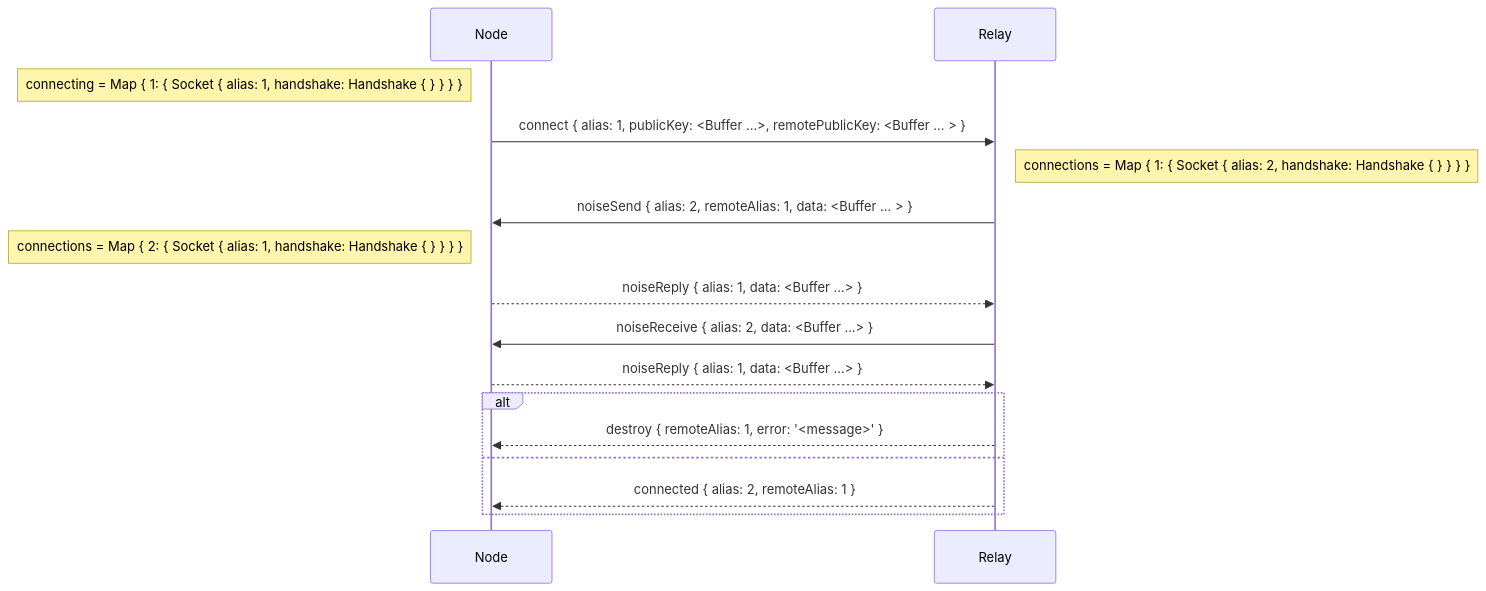
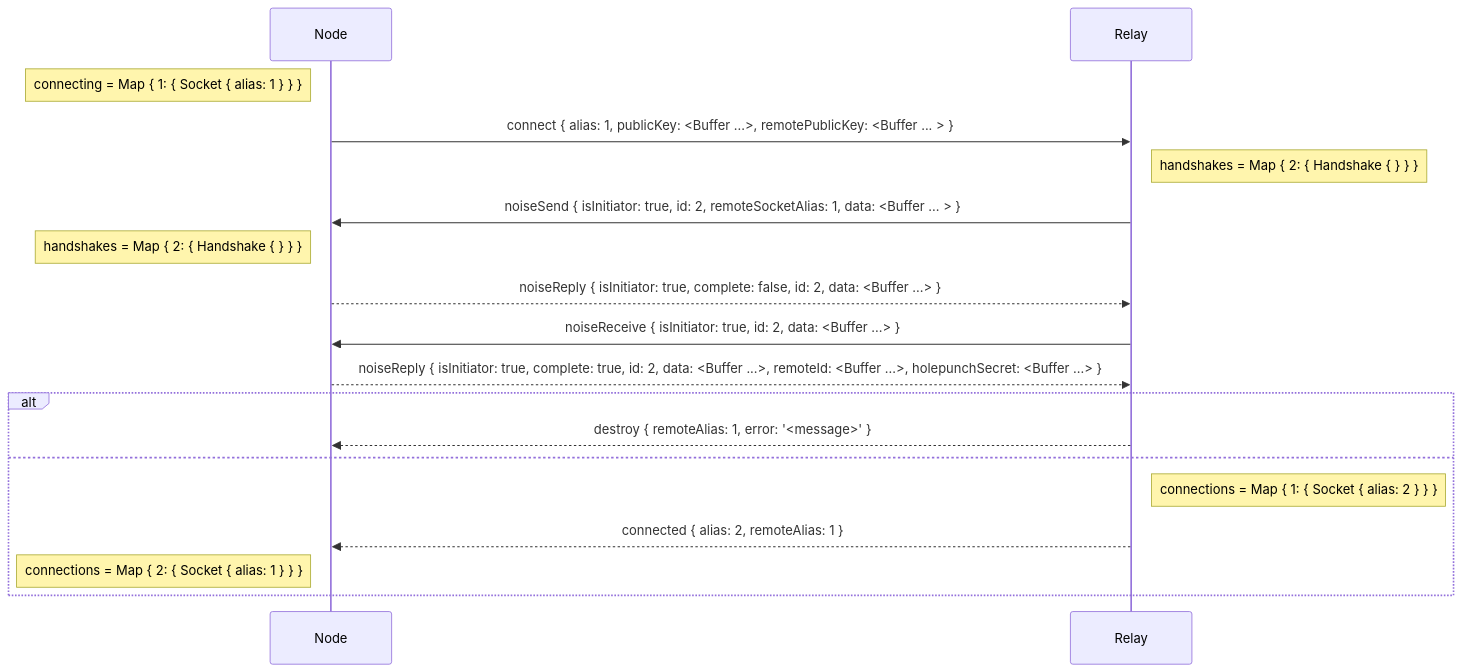
The diagram in media/diagrams/connect-handshake.mmd (holepunchto/hyperswarm-dht-relay), drawn with Mermaid before and after one commit. The commit also changed 15 other files, not shown here.

```diff
--- a/media/diagrams/connect-handshake.mmd
+++ b/media/diagrams/connect-handshake.mmd
@@ -1,25 +1,29 @@
 sequenceDiagram
   participant N as Node
   participant R as Relay
 
-  note left of N: connecting = Map { 1: { Socket { alias: 1, handshake: Handshake { } } } }
+  note left of N: connecting = Map { 1: { Socket { alias: 1 } } }
 
   N->>R: connect { alias: 1, publicKey: <Buffer ...>, remotePublicKey: <Buffer ... > }
 
-  note right of R: connections = Map { 1: { Socket { alias: 2, handshake: Handshake { } } } }
+  note right of R: handshakes = Map { 2: { Handshake { } } }
 
-  R->>N: noiseSend { alias: 2, remoteAlias: 1, data: <Buffer ... > }
+  R->>N: noiseSend { isInitiator: true, id: 2, remoteSocketAlias: 1, data: <Buffer ... > }
 
-  note left of N: connections = Map { 2: { Socket { alias: 1, handshake: Handshake { } } } }
+  note left of N: handshakes = Map { 2: { Handshake { } } }
 
-  N-->>R: noiseReply { alias: 1, data: <Buffer ...> }
+  N-->>R: noiseReply { isInitiator: true, complete: false, id: 2, data: <Buffer ...> }
 
-  R->>N: noiseReceive { alias: 2, data: <Buffer ...> }
+  R->>N: noiseReceive { isInitiator: true, id: 2, data: <Buffer ...> }
 
-  N-->>R: noiseReply { alias: 1, data: <Buffer ...> }
+  N-->>R: noiseReply { isInitiator: true, complete: true, id: 2, data: <Buffer ...>, remoteId: <Buffer ...>, holepunchSecret: <Buffer ...>  }
 
   alt
     R-->>N: destroy { remoteAlias: 1, error: '<message>' }
   else
-    R-->>N: connected { alias: 2, remoteAlias: 1  }
+    note right of R: connections = Map { 1: { Socket { alias: 2 } } }
+
+    R-->>N: connected { alias: 2, remoteAlias: 1 }
+
+    note left of N: connections = Map { 2: { Socket { alias: 1 } } }
   end
```
